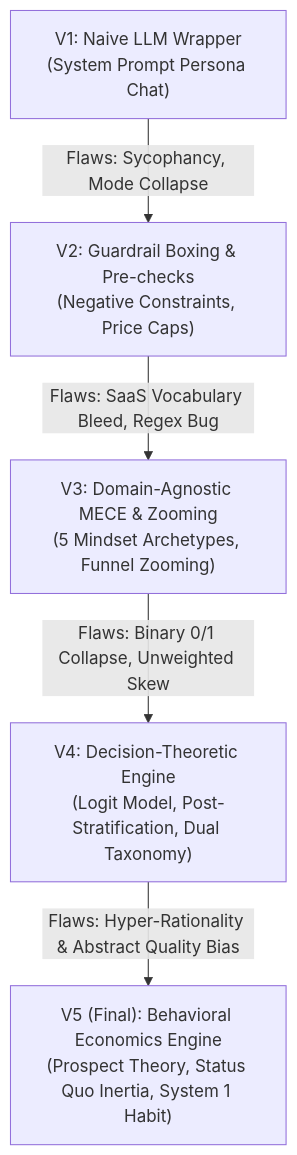
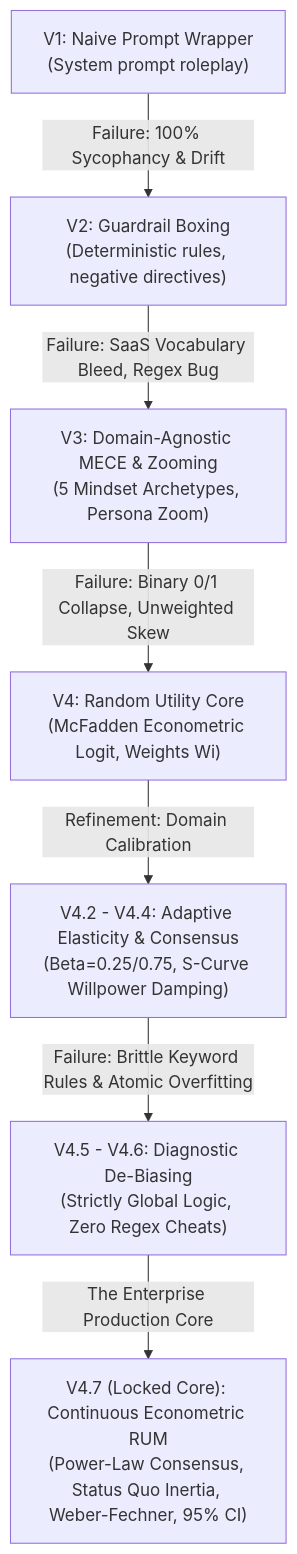
Before and after one commit to aniket-thakare-pm/synthetic-user-simulation-engine: the diagram in README.md, drawn with Mermaid. The commit also changed other lines of this file and 84 other files, not shown here.

Commit message:
feat(v4.7): release Engine V4.7 enterprise core, staged walkforward validation, and Editorial Lab web app

````diff
--- a/README.md
+++ b/README.md
@@ -23,7 +66,9 @@
 ```mermaid
 flowchart TD
-    V1["V1: Naive LLM Wrapper<br/>(System Prompt Persona Chat)"] -->|Flaws: Sycophancy, Mode Collapse| V2["V2: Guardrail Boxing & Pre-checks<br/>(Negative Constraints, Price Caps)"]
-    V2 -->|Flaws: SaaS Vocabulary Bleed, Regex Bug| V3["V3: Domain-Agnostic MECE & Zooming<br/>(5 Mindset Archetypes, Funnel Zooming)"]
-    V3 -->|Flaws: Binary 0/1 Collapse, Unweighted Skew| V4["V4: Decision-Theoretic Engine<br/>(Logit Model, Post-Stratification, Dual Taxonomy)"]
-    V4 -->|Flaws: Hyper-Rationality & Abstract Quality Bias| V5["V5 (Final): Behavioral Economics Engine<br/>(Prospect Theory, Status Quo Inertia, System 1 Habit)"]
+    V1["V1: Naive Prompt Wrapper<br/>(System prompt roleplay)"] -->|Failure: 100% Sycophancy & Drift| V2["V2: Guardrail Boxing<br/>(Deterministic rules, negative directives)"]
+    V2 -->|Failure: SaaS Vocabulary Bleed, Regex Bug| V3["V3: Domain-Agnostic MECE & Zooming<br/>(5 Mindset Archetypes, Persona Zoom)"]
+    V3 -->|Failure: Binary 0/1 Collapse, Unweighted Skew| V4["V4: Random Utility Core<br/>(McFadden Econometric Logit, Weights Wi)"]
+    V4 -->|Refinement: Domain Calibration| V4_3["V4.2 - V4.4: Adaptive Elasticity & Consensus<br/>(Beta=0.25/0.75, S-Curve Willpower Damping)"]
+    V4_3 -->|Failure: Brittle Keyword Rules & Atomic Overfitting| V4_5["V4.5 - V4.6: Diagnostic De-Biasing<br/>(Strictly Global Logic, Zero Regex Cheats)"]
+    V4_5 -->|The Enterprise Production Core| V4_7["V4.7 (Locked Core): Continuous Econometric RUM<br/>(Power-Law Consensus, Status Quo Inertia, Weber-Fechner, 95% CI)"]
 ```
````
